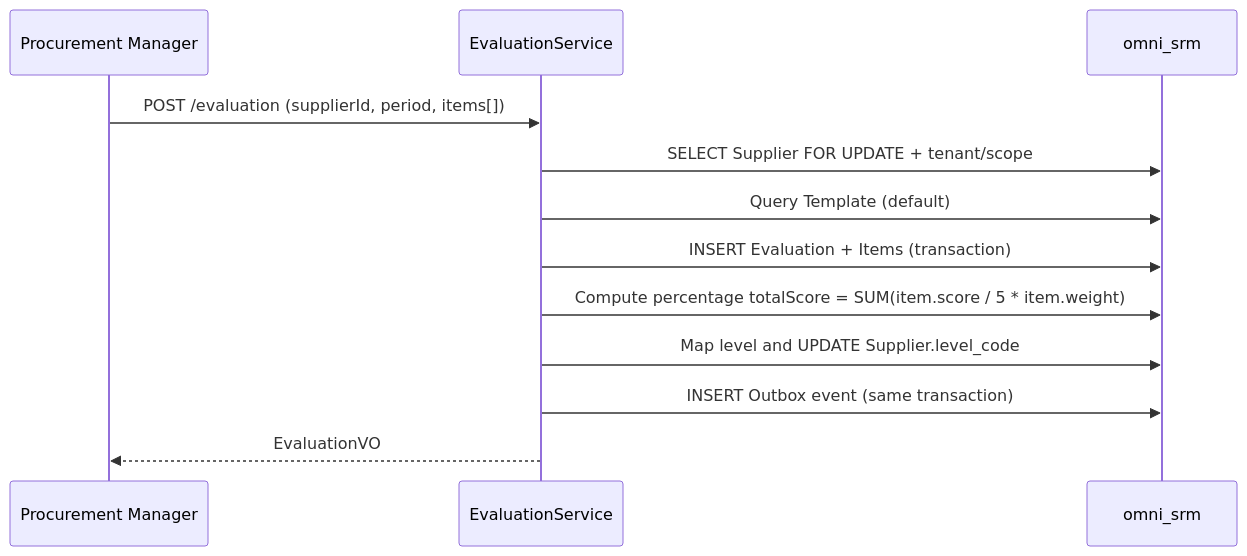
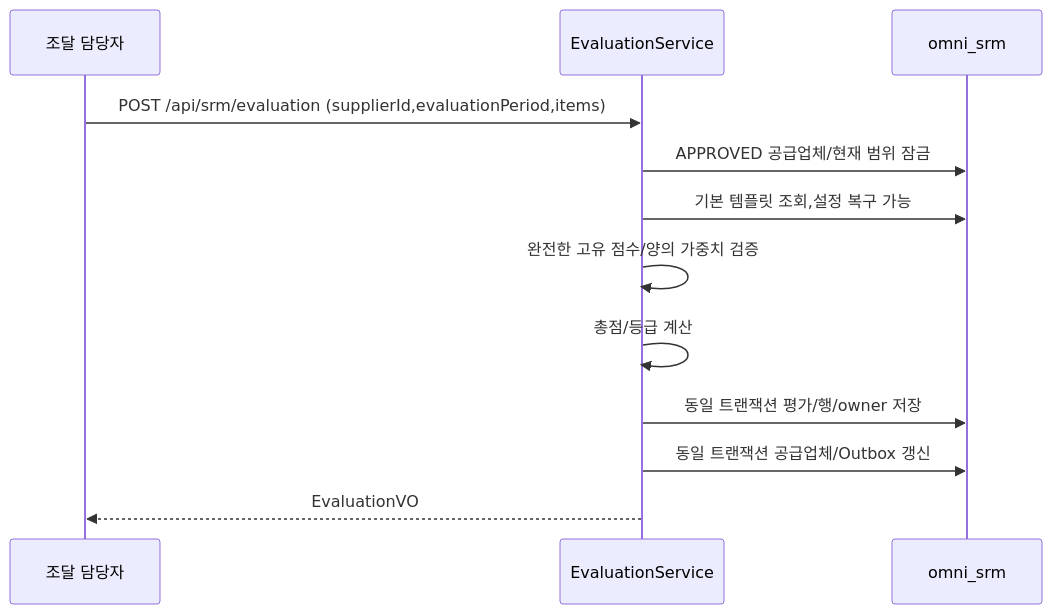
Before and after one commit to wang-baohai/Omni-Stack: the fourth of 5 diagrams in docs/design/srm-design.kr.md, drawn with Mermaid. The commit also changed other lines of this file and 1095 other files, not shown here.

````diff
--- a/docs/design/srm-design.kr.md
+++ b/docs/design/srm-design.kr.md
@@ -286,15 +289,14 @@
 ```mermaid
 sequenceDiagram
-    participant M as Procurement Manager
+    participant M as 조달 담당자
     participant S as EvaluationService
     participant DB as omni_srm
-
-    M->>S: POST /evaluation (supplierId, period, items[])
-    S->>DB: SELECT Supplier FOR UPDATE + tenant/scope
-    S->>DB: Query Template (default)
-    S->>DB: INSERT Evaluation + Items (transaction)
-    S->>DB: Compute percentage totalScore = SUM(item.score / 5 * item.weight)
-    S->>DB: Map level and UPDATE Supplier.level_code
-    S->>DB: INSERT Outbox event (same transaction)
+    M->>S: POST /api/srm/evaluation (supplierId,evaluationPeriod,items)
+    S->>DB: APPROVED 공급업체/현재 범위 잠금
+    S->>DB: 기본 템플릿 조회,설정 복구 가능
+    S->>S: 완전한 고유 점수/양의 가중치 검증
+    S->>S: 총점/등급 계산
+    S->>DB: 동일 트랜잭션 평가/행/owner 저장
+    S->>DB: 동일 트랜잭션 공급업체/Outbox 갱신
     S-->>M: EvaluationVO
 ```
````
